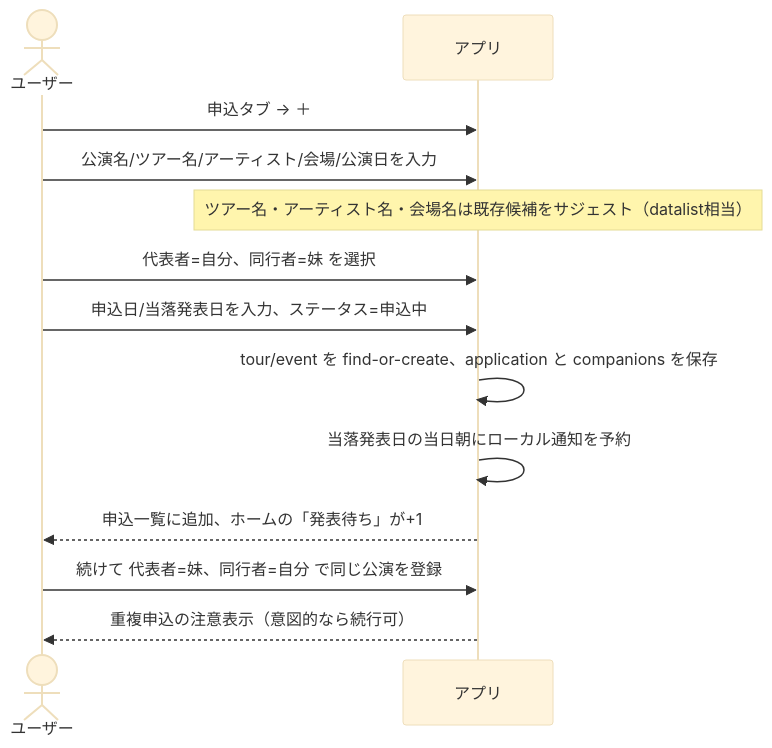
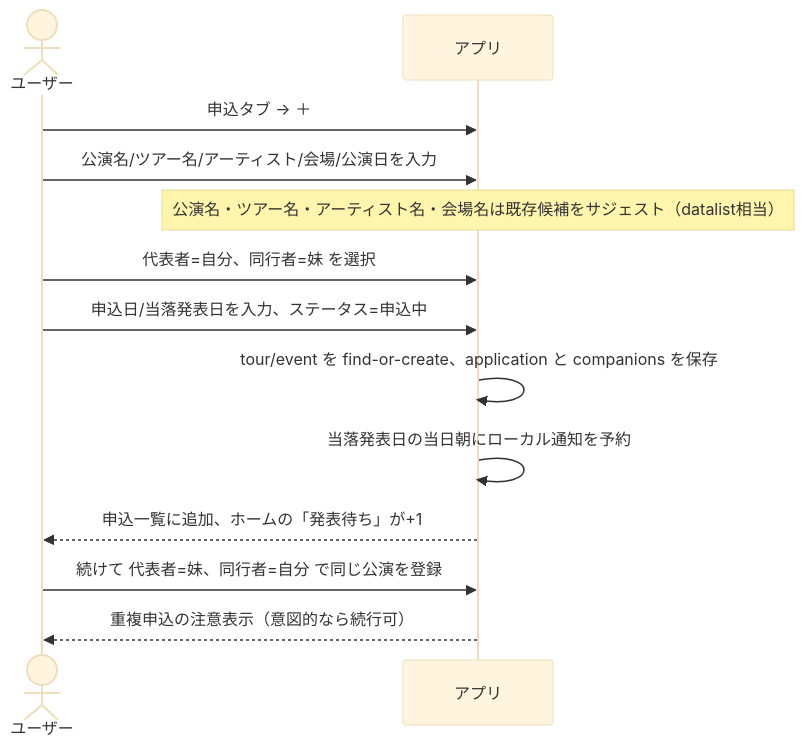
The second of 4 diagrams in docs/01-product-overview.md (yumori59/otakuApp), drawn with Mermaid (base theme) before and after one commit. The commit also changed 11 other files, not shown here.

````diff
--- a/docs/01-product-overview.md
+++ b/docs/01-product-overview.md
@@ -180,15 +180,15 @@
 ```mermaid
 sequenceDiagram
     actor U as ユーザー
     participant App as アプリ
     U->>App: 申込タブ → ＋
     U->>App: 公演名/ツアー名/アーティスト/会場/公演日を入力
-    Note over App: ツアー名・アーティスト名・会場名は既存候補をサジェスト（datalist相当）
+    Note over App: 公演名・ツアー名・アーティスト名・会場名は既存候補をサジェスト（datalist相当）
     U->>App: 代表者=自分、同行者=妹 を選択
     U->>App: 申込日/当落発表日を入力、ステータス=申込中
     App->>App: tour/event を find-or-create、application と companions を保存
     App->>App: 当落発表日の当日朝にローカル通知を予約
     App-->>U: 申込一覧に追加、ホームの「発表待ち」が+1
     U->>App: 続けて 代表者=妹、同行者=自分 で同じ公演を登録
     App-->>U: 重複申込の注意表示（意図的なら続行可）
 ```
````
